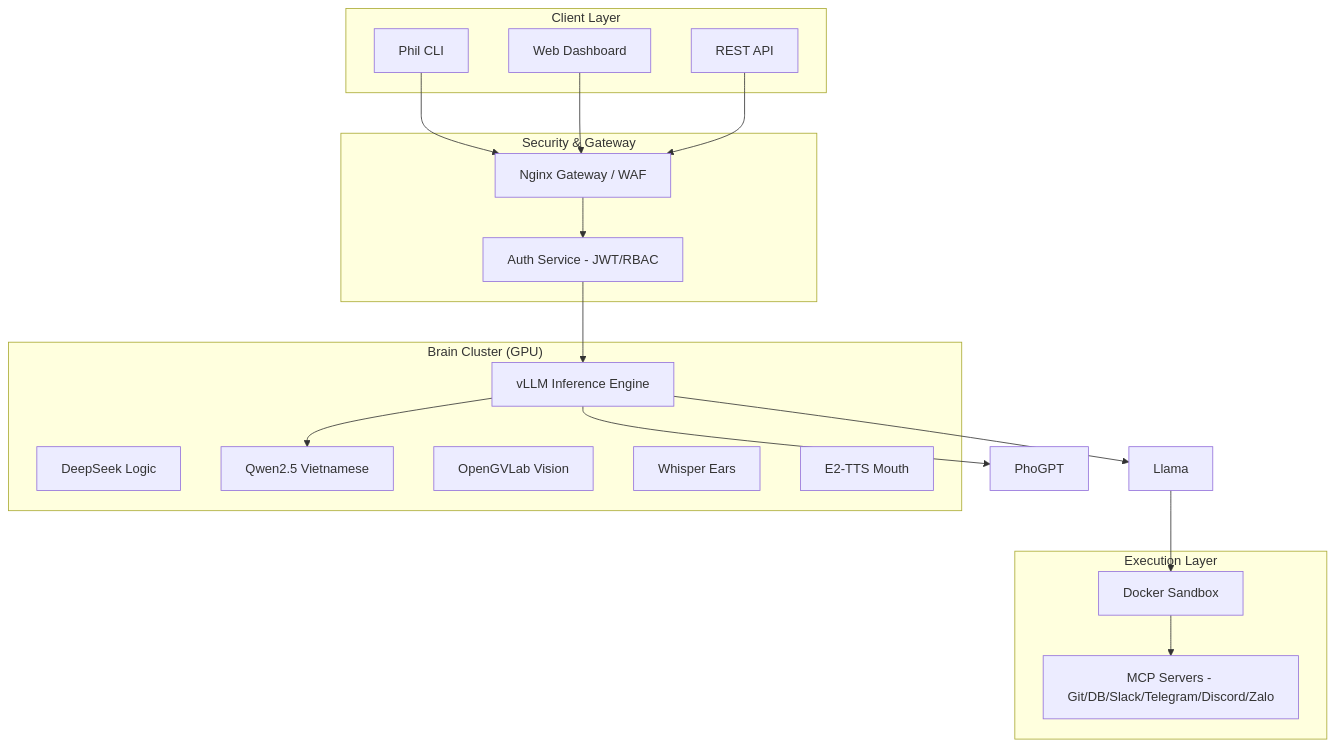
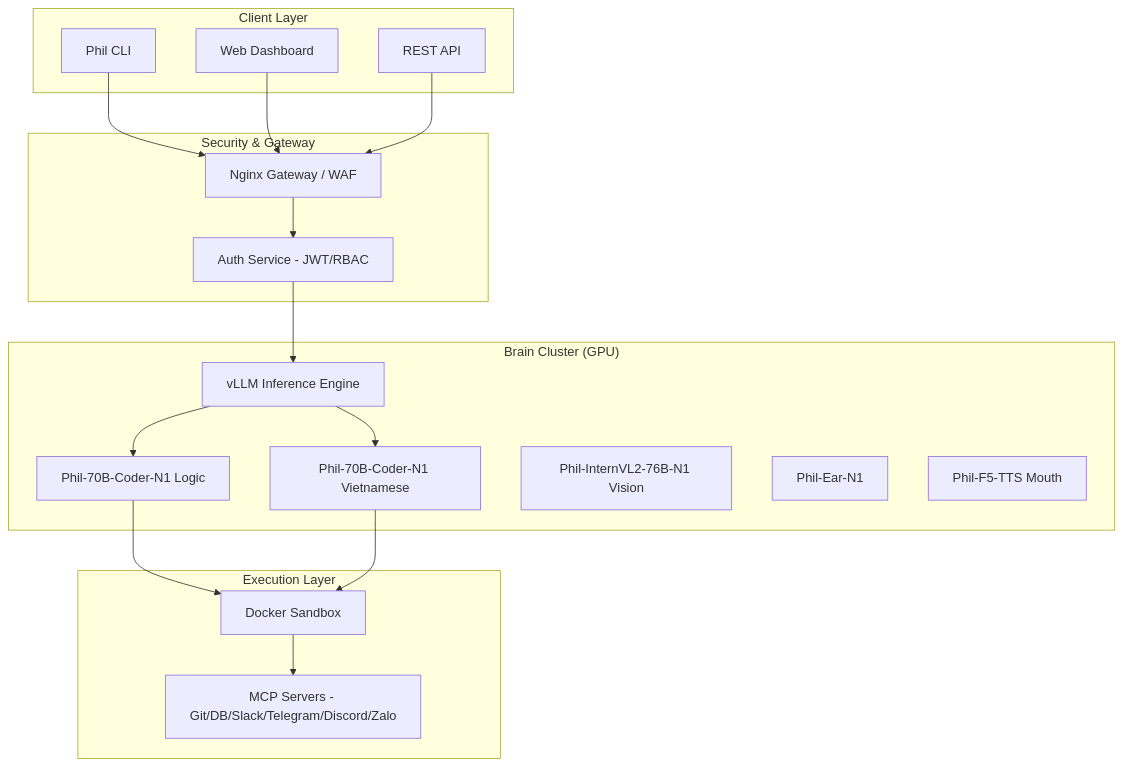
The diagram in README.md (hoang0650/phil-cli), drawn with Mermaid before and after one commit. The commit also changed other lines of this file and 36 other files, not shown here.

````diff
--- a/README.md
+++ b/README.md
@@ -53,34 +53,35 @@
 ```mermaid
 graph TD
     subgraph "Client Layer"
         CLI[Phil CLI]
         Web[Web Dashboard]
         API[REST API]
     end
 
     subgraph "Security & Gateway"
         Nginx[Nginx Gateway / WAF]
         Auth[Auth Service - JWT/RBAC]
     end
 
     subgraph "Brain Cluster (GPU)"
         vLLM[vLLM Inference Engine]
-        DeepSeek[DeepSeek Logic]
-        Qwen[Qwen2.5 Vietnamese]
-        OpenGVLab[OpenGVLab Vision]
-        OpenAI[Whisper Ears]
-        F5-TTS[E2-TTS Mouth]
+        DeepSeek[Phil-70B-Coder-N1 Logic]
+        Qwen[Phil-70B-Coder-N1 Vietnamese]
+        OpenGVLab[Phil-InternVL2-76B-N1 Vision]
+        OpenAI[Phil-Ear-N1]
+        F5-TTS[Phil-F5-TTS Mouth]
     end
 
     subgraph "Execution Layer"
         Sandbox[Docker Sandbox]
         MCP[MCP Servers - Git/DB/Slack/Telegram/Discord/Zalo]
     end
 
     CLI & Web & API --> Nginx
     Nginx --> Auth
     Auth --> vLLM
-    vLLM --> Llama & PhoGPT & Qwen
-    Llama --> Sandbox
+    vLLM --> DeepSeek & Qwen
+    DeepSeek --> Sandbox
+    Qwen --> Sandbox    
     Sandbox --> MCP
 ```
````
